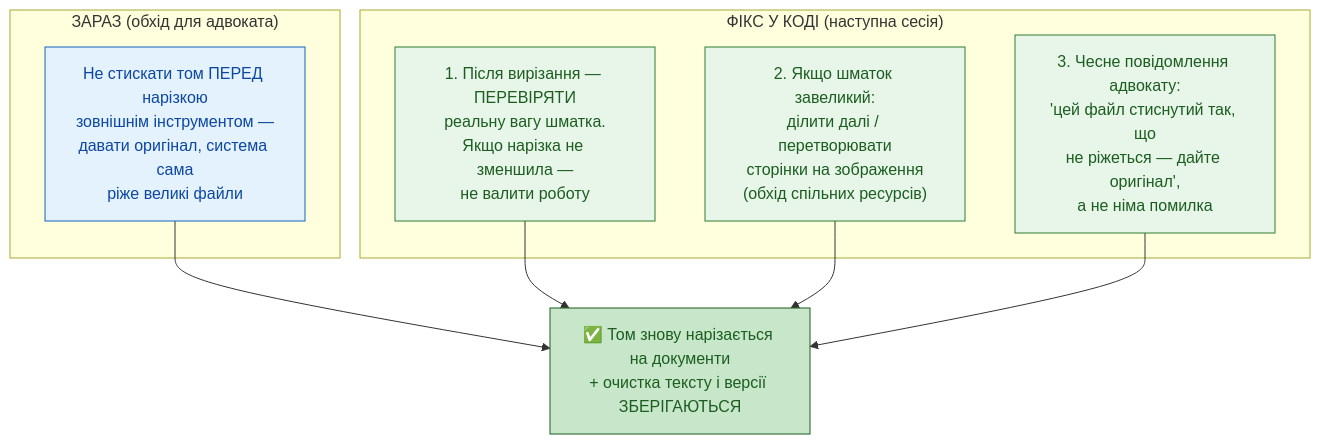
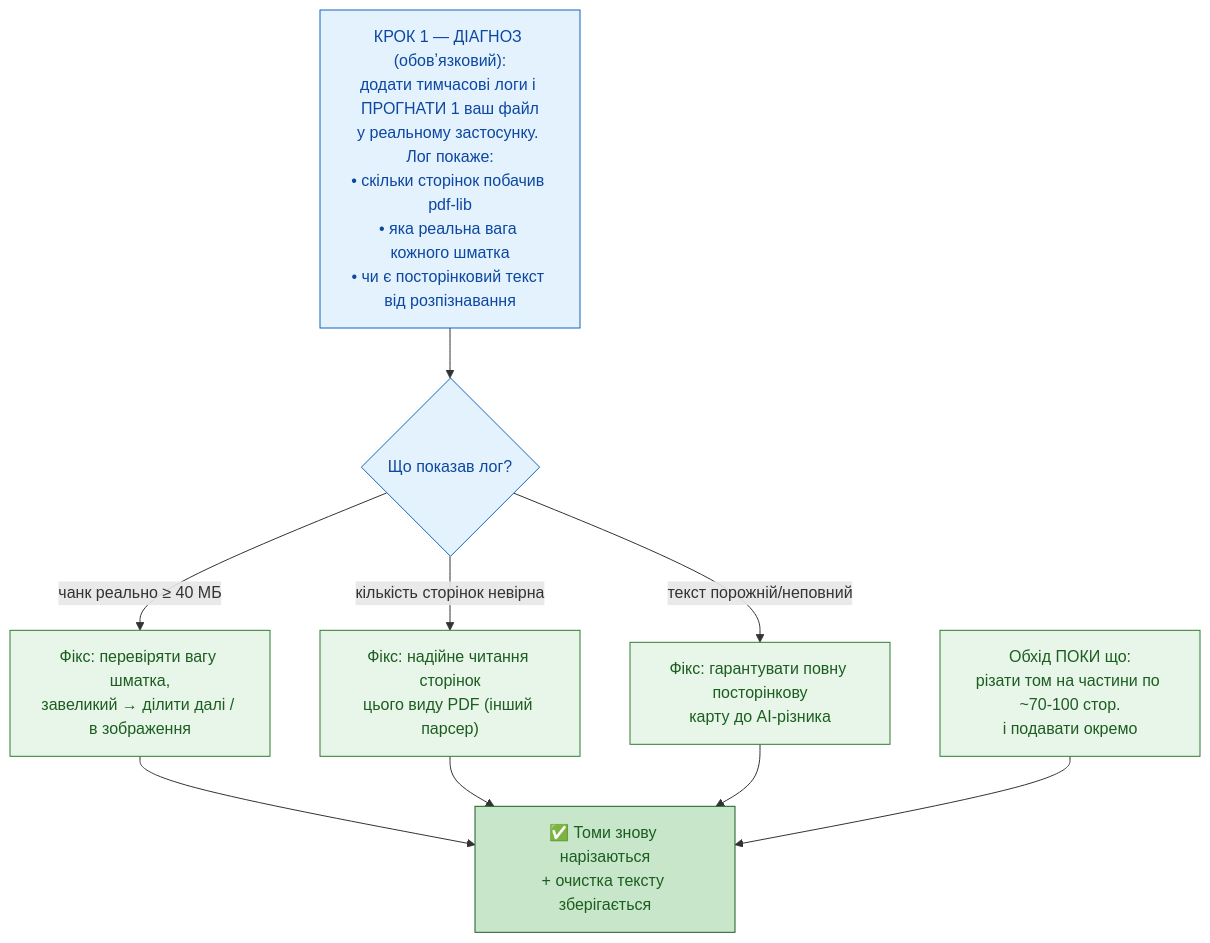
One commit to vadymlevyt/registry changed the fifth of 5 diagrams in docs/mermaid/flow_dp_regression_40mb_diagnosis.md. Above: the diagram before and after it, drawn with Mermaid. The commit also changed other lines of this file and 1 other file, not shown here.

````diff
--- a/docs/mermaid/flow_dp_regression_40mb_diagnosis.md
+++ b/docs/mermaid/flow_dp_regression_40mb_diagnosis.md
@@ -109,25 +113,22 @@
 ```mermaid
 flowchart TD
-    subgraph NOW["ЗАРАЗ (обхід для адвоката)"]
-        W1["Не стискати том ПЕРЕД нарізкою<br/>зовнішнім інструментом —<br/>давати оригінал, система сама<br/>ріже великі файли"]
-    end
+    STEP1["КРОК 1 — ДІАГНОЗ (обовʼязковий):<br/>додати тимчасові логи і ПРОГНАТИ 1 ваш файл<br/>у реальному застосунку. Лог покаже:<br/>• скільки сторінок побачив pdf-lib<br/>• яка реальна вага кожного шматка<br/>• чи є посторінковий текст від розпізнавання"]
 
-    subgraph CODE["ФІКС У КОДІ (наступна сесія)"]
-        F1["1. Після вирізання — ПЕРЕВІРЯТИ<br/>реальну вагу шматка.<br/>Якщо нарізка не зменшила —<br/>не валити роботу"]
-        F2["2. Якщо шматок завеликий:<br/>ділити далі / перетворювати<br/>сторінки на зображення<br/>(обхід спільних ресурсів)"]
-        F3["3. Чесне повідомлення адвокату:<br/>'цей файл стиснутий так, що<br/>не ріжеться — дайте оригінал',<br/>а не німа помилка"]
-    end
+    STEP1 --> WHICH{"Що показав лог?"}
+    WHICH -->|"чанк реально &ge; 40 МБ"| FIXA["Фікс: перевіряти вагу шматка,<br/>завеликий → ділити далі / в зображення"]
+    WHICH -->|"кількість сторінок невірна"| FIXB["Фікс: надійне читання сторінок<br/>цього виду PDF (інший парсер)"]
+    WHICH -->|"текст порожній/неповний"| FIXC["Фікс: гарантувати повну посторінкову<br/>карту до AI-різника"]
 
-    W1 --> RESULT
-    F1 --> RESULT
-    F2 --> RESULT
-    F3 --> RESULT
-    RESULT["✅ Том знову нарізається на документи<br/>+ очистка тексту і версії ЗБЕРІГАЮТЬСЯ"]
+    FIXA --> R["✅ Томи знову нарізаються<br/>+ очистка тексту зберігається"]
+    FIXB --> R
+    FIXC --> R
 
-    classDef now fill:#e3f2fd,stroke:#1565c0,color:#0d47a1;
+    WORK["Обхід ПОКИ що:<br/>різати том на частини по ~70-100 стор.<br/>і подавати окремо"] --> R
+
+    classDef step fill:#e3f2fd,stroke:#1565c0,color:#0d47a1;
     classDef fix fill:#e8f5e9,stroke:#2e7d32,color:#1b5e20;
     classDef res fill:#c8e6c9,stroke:#1b5e20,color:#1b5e20;
-    class W1 now;
-    class F1,F2,F3 fix;
-    class RESULT res;
+    class STEP1,WHICH step;
+    class FIXA,FIXB,FIXC,WORK fix;
+    class R res;
 ```
````
